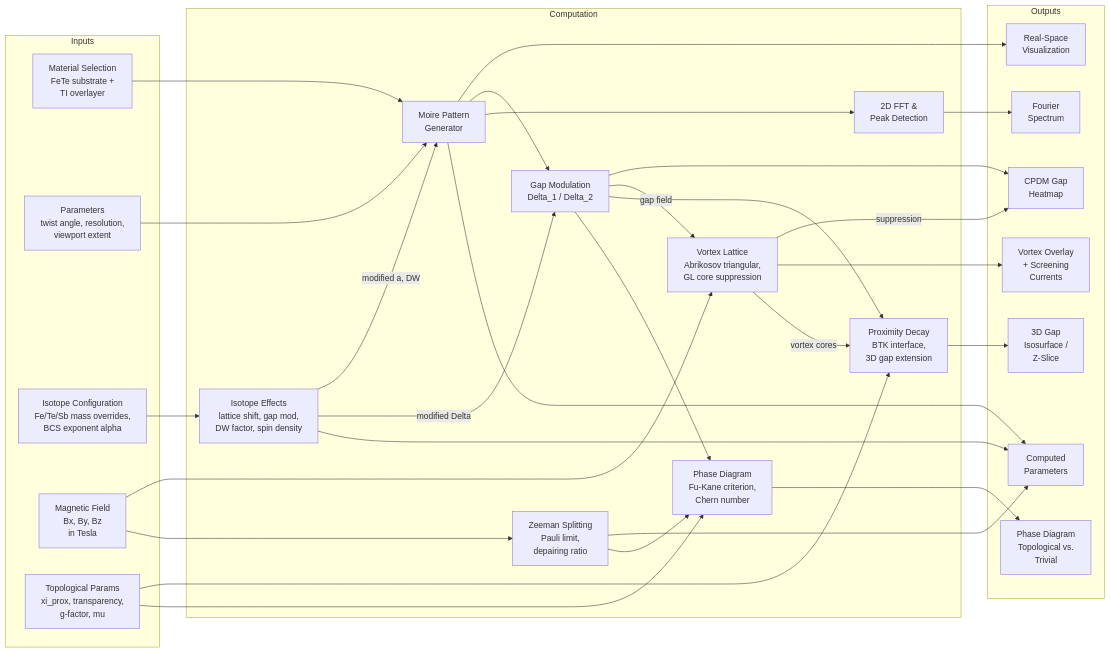
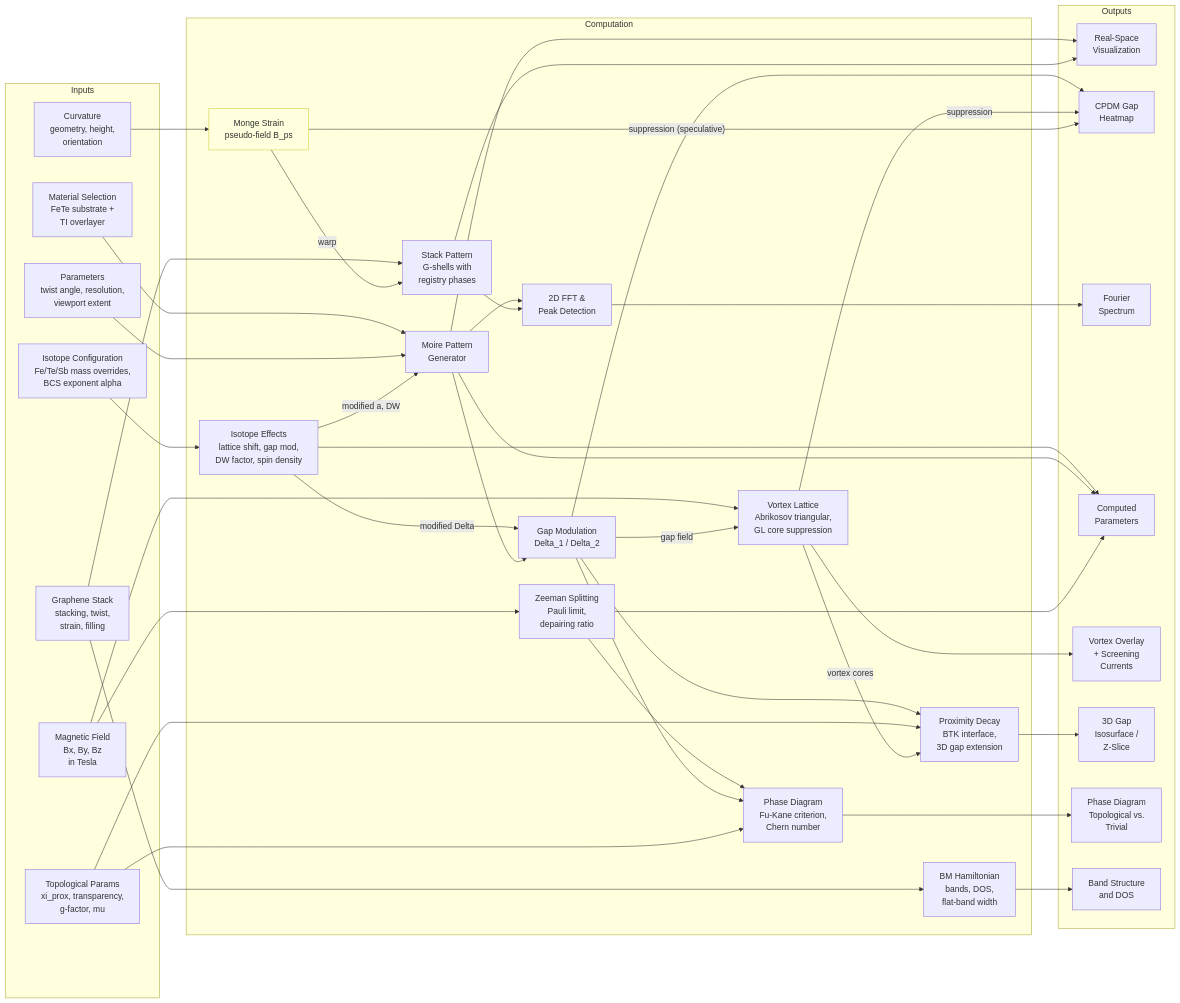
One commit to sonoransun/waytogocoop changed the second of 15 diagrams in README.md. Above: the diagram before and after it, drawn with Mermaid. The commit also changed other lines of this file and 55 other files, not shown here.

Commit message:
Improve docs for graphene and isotopes

````diff
--- a/README.md
+++ b/README.md
@@ -129,61 +151,78 @@
 ```mermaid
 flowchart LR
     subgraph Inputs
         MAT[Material Selection<br/>FeTe substrate +<br/>TI overlayer]
         PARAMS[Parameters<br/>twist angle, resolution,<br/>viewport extent]
         ISO[Isotope Configuration<br/>Fe/Te/Sb mass overrides,<br/>BCS exponent alpha]
         BFIELD[Magnetic Field<br/>Bx, By, Bz<br/>in Tesla]
         TOPO[Topological Params<br/>xi_prox, transparency,<br/>g-factor, mu]
+        STACK[Graphene Stack<br/>stacking, twist,<br/>strain, filling]
+        CURVIN[Curvature<br/>geometry, height,<br/>orientation]
     end
 
     subgraph Computation
         MOIRE[Moire Pattern<br/>Generator]
         GAP[Gap Modulation<br/>Delta_1 / Delta_2]
         FFT[2D FFT &<br/>Peak Detection]
         ISOTOPE[Isotope Effects<br/>lattice shift, gap mod,<br/>DW factor, spin density]
         VORTEX[Vortex Lattice<br/>Abrikosov triangular,<br/>GL core suppression]
         ZEEMAN[Zeeman Splitting<br/>Pauli limit,<br/>depairing ratio]
         PROX[Proximity Decay<br/>BTK interface,<br/>3D gap extension]
         PHASE[Phase Diagram<br/>Fu-Kane criterion,<br/>Chern number]
+        GSTACK[Stack Pattern<br/>G-shells with<br/>registry phases]
+        BM[BM Hamiltonian<br/>bands, DOS,<br/>flat-band width]
+        CURV[Monge Strain<br/>pseudo-field B_ps]
     end
 
     subgraph Outputs
         VIS[Real-Space<br/>Visualization]
         GAPVIS[CPDM Gap<br/>Heatmap]
         SPEC[Fourier<br/>Spectrum]
         INFO[Computed<br/>Parameters]
         MAGVIS[Vortex Overlay<br/>+ Screening<br/>Currents]
         GAP3D[3D Gap<br/>Isosurface /<br/>Z-Slice]
         PHASEVIS[Phase Diagram<br/>Topological vs.<br/>Trivial]
+        BANDVIS[Band Structure<br/>and DOS]
     end
 
     MAT --> MOIRE
     PARAMS --> MOIRE
     ISO --> ISOTOPE
     ISOTOPE -->|modified a, DW| MOIRE
     ISOTOPE -->|modified Delta| GAP
     MOIRE --> VIS
     MOIRE --> GAP
     MOIRE --> FFT
     GAP --> GAPVIS
     FFT --> SPEC
     ISOTOPE --> INFO
     MOIRE --> INFO
 
     BFIELD --> VORTEX
     BFIELD --> ZEEMAN
     GAP -->|gap field| VORTEX
     VORTEX -->|suppression| GAPVIS
     VORTEX --> MAGVIS
     ZEEMAN --> INFO
 
     GAP --> PROX
     TOPO --> PROX
     VORTEX -->|vortex cores| PROX
     PROX --> GAP3D
 
     ZEEMAN --> PHASE
     GAP --> PHASE
     TOPO --> PHASE
     PHASE --> PHASEVIS
+
+    STACK --> GSTACK
+    GSTACK --> VIS
+    GSTACK --> FFT
+    STACK --> BM
+    BM --> BANDVIS
+    CURVIN --> CURV
+    CURV -->|warp| GSTACK
+    CURV -->|"suppression (speculative)"| GAPVIS
+
+    style CURV fill:#ffd,stroke:#cc3
 ```
````
